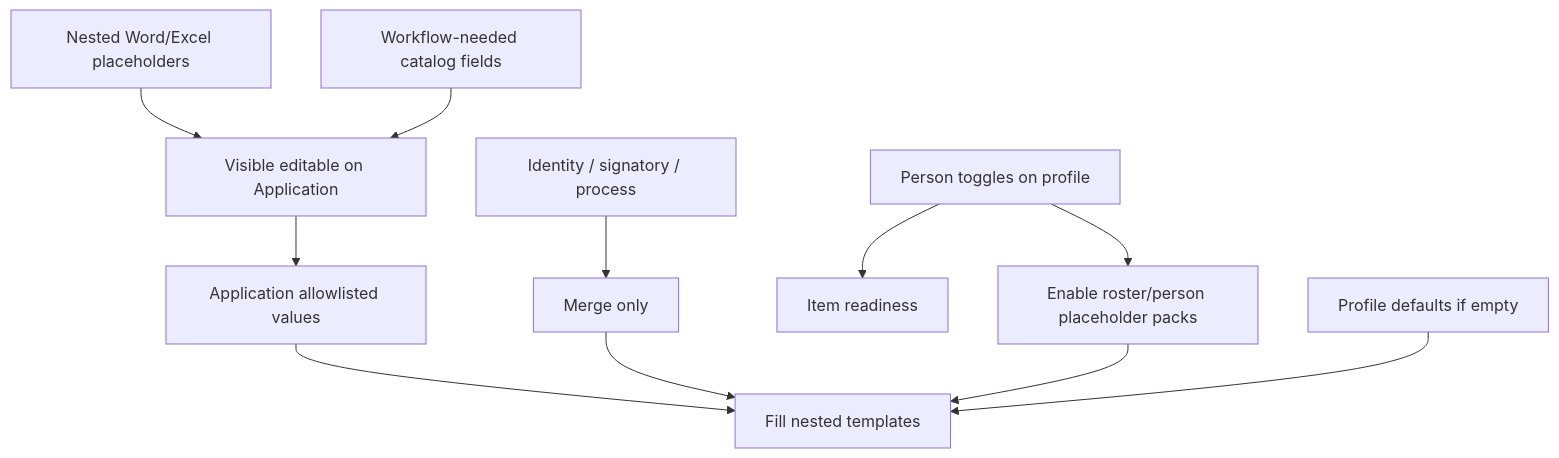
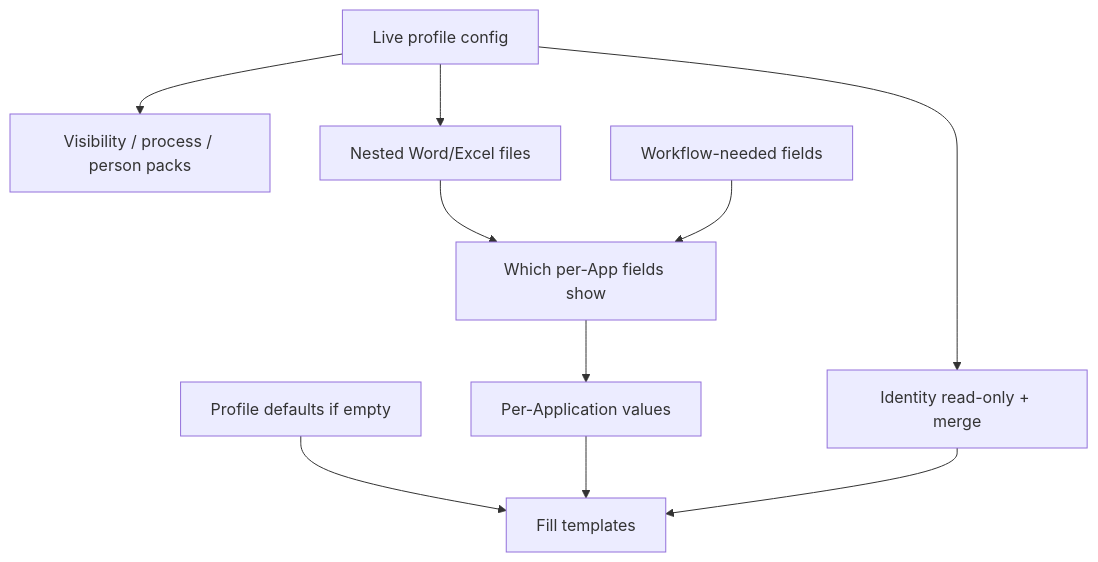
The second of 2 diagrams in docs/APPLICATION_PROFILE_PLAN.md (webapis/Visa2026), drawn with Mermaid before and after one commit. The commit also changed other lines of this file and 4 other files, not shown here.

First line of the commit message:
Replace full Application Profile clone with live FK model.

````diff
--- a/docs/APPLICATION_PROFILE_PLAN.md
+++ b/docs/APPLICATION_PROFILE_PLAN.md
@@ -147,15 +160,13 @@
 ```mermaid
 flowchart TB
-  Tmpl[Nested Word/Excel placeholders]
-  Wf[Workflow-needed catalog fields]
-  Tmpl --> Vis[Visible editable on Application]
-  Wf --> Vis
-  Auto[Identity / signatory / process] --> MergeOnly[Merge only]
-  PersToggle[Person toggles on profile] --> Ready[Item readiness]
-  PersToggle --> Pack[Enable roster/person placeholder packs]
-  Vis --> AppVals[Application allowlisted values]
-  AppVals --> Fill[Fill nested templates]
-  Def[Profile defaults if empty] --> Fill
-  MergeOnly --> Fill
-  Pack --> Fill
+  PLive[Live profile config]
+  PLive --> VisRules[Visibility / process / person packs]
+  PLive --> Tmpl[Nested Word/Excel files]
+  Tmpl --> FormVis[Which per-App fields show]
+  Wf[Workflow-needed fields] --> FormVis
+  FormVis --> Vals[Per-Application values]
+  Def[Profile defaults if empty] --> Fill[Fill templates]
+  Vals --> Fill
+  PLive --> AutoId[Identity read-only + merge]
+  AutoId --> Fill
 ```
````
